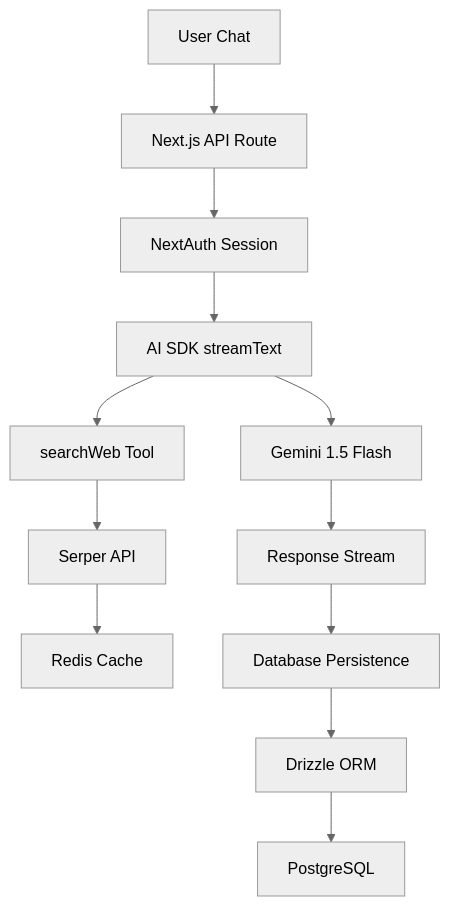
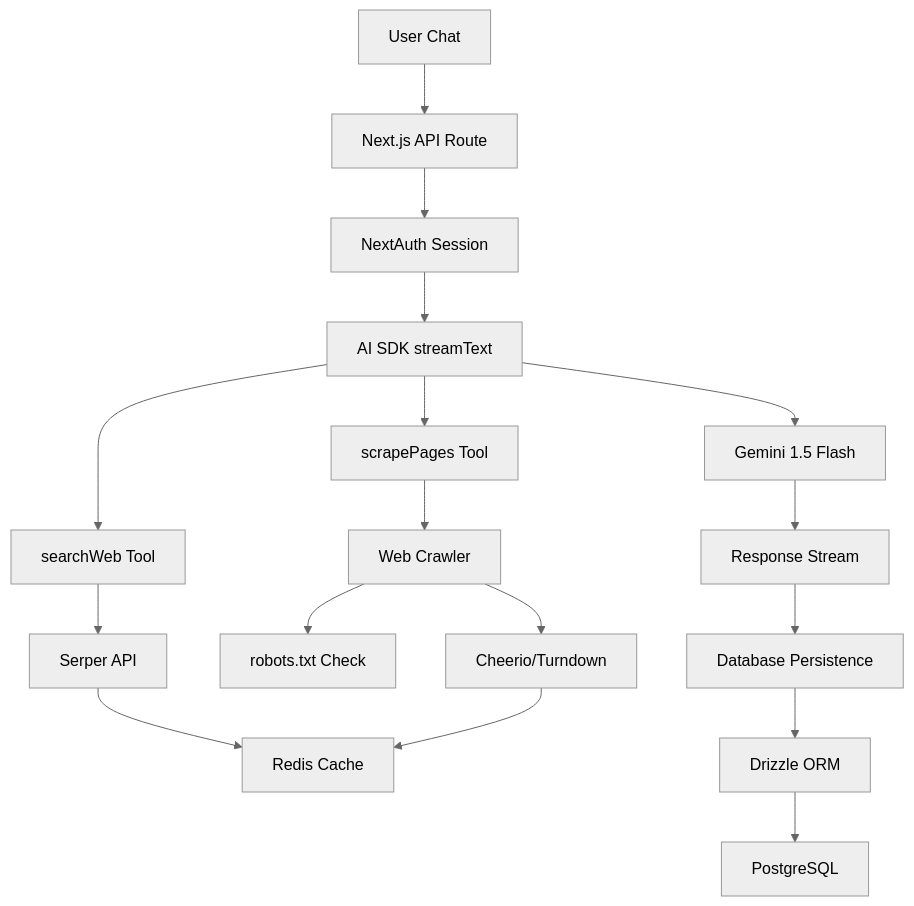
One commit to tone2k/learn_eval changed the diagram in LEARNINGS.md. Above: the diagram before and after it, drawn with Mermaid (neutral theme). The commit also changed other lines of this file and 2 other files, not shown here.

Commit message:
add web scraper

````diff
--- a/LEARNINGS.md
+++ b/LEARNINGS.md
@@ -100,14 +145,19 @@
 ```mermaid
 graph TD
     A[User Chat] --> B[Next.js API Route]
     B --> C[NextAuth Session]
     C --> D[AI SDK streamText]
     D --> E[Gemini 1.5 Flash]
     D --> F[searchWeb Tool]
-    F --> G[Serper API]
-    G --> H[Redis Cache]
-    E --> I[Response Stream]
-    I --> J[Database Persistence]
-    J --> K[Drizzle ORM]
-    K --> L[PostgreSQL]
+    D --> G[scrapePages Tool]
+    F --> H[Serper API]
+    G --> I[Web Crawler]
+    I --> J[robots.txt Check]
+    I --> K[Cheerio/Turndown]
+    H --> L[Redis Cache]
+    K --> L
+    E --> M[Response Stream]
+    M --> N[Database Persistence]
+    N --> O[Drizzle ORM]
+    O --> P[PostgreSQL]
 ```
````
